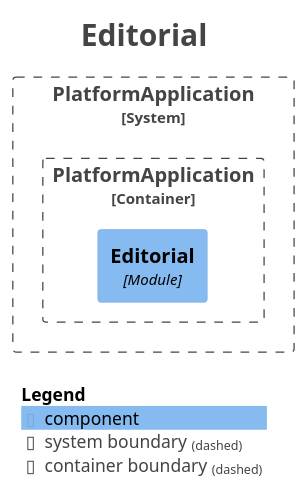
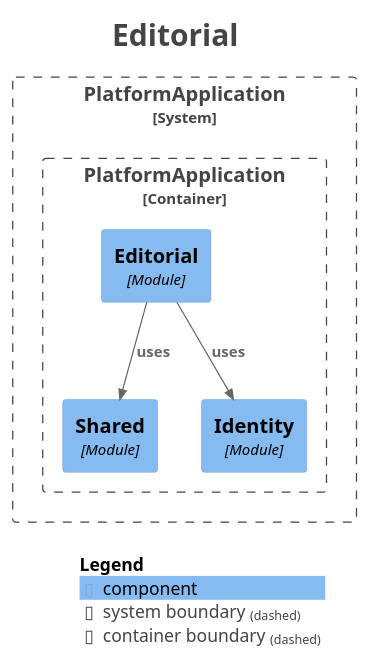
Before and after one commit to Asiman77/HistoryAsAGame: the diagram in docs/modules/module-editorial.puml, drawn with PlantUML. The commit also changed 17 other files, not shown here.

```diff
--- a/docs/modules/module-editorial.puml
+++ b/docs/modules/module-editorial.puml
@@ -1,27 +1,32 @@
 @startuml
 title <size:24>Editorial</size>
 
 set separator none
 top to bottom direction
 
 <style>
   root {
     BackgroundColor: #ffffff
     FontColor: #444444
   }
 </style>
 
 !include <C4/C4>
 !include <C4/C4_Context>
 !include <C4/C4_Component>
 
 System_Boundary("PlatformApplication_boundary", "PlatformApplication", $tags="") {
   Container_Boundary("PlatformApplication.PlatformApplication_boundary", "PlatformApplication", $tags="") {
+    Component(PlatformApplication.PlatformApplication.Shared, "Shared", $techn="Module", $descr="", $tags="", $link="")
     Component(PlatformApplication.PlatformApplication.Editorial, "Editorial", $techn="Module", $descr="", $tags="", $link="")
+    Component(PlatformApplication.PlatformApplication.Identity, "Identity", $techn="Module", $descr="", $tags="", $link="")
   }
 
 }
 
+Rel(PlatformApplication.PlatformApplication.Editorial, PlatformApplication.PlatformApplication.Shared, "uses", $techn="", $tags="", $link="")
+Rel(PlatformApplication.PlatformApplication.Editorial, PlatformApplication.PlatformApplication.Identity, "uses", $techn="", $tags="", $link="")
+
 SHOW_LEGEND(true)
 hide stereotypes
 @enduml
```
